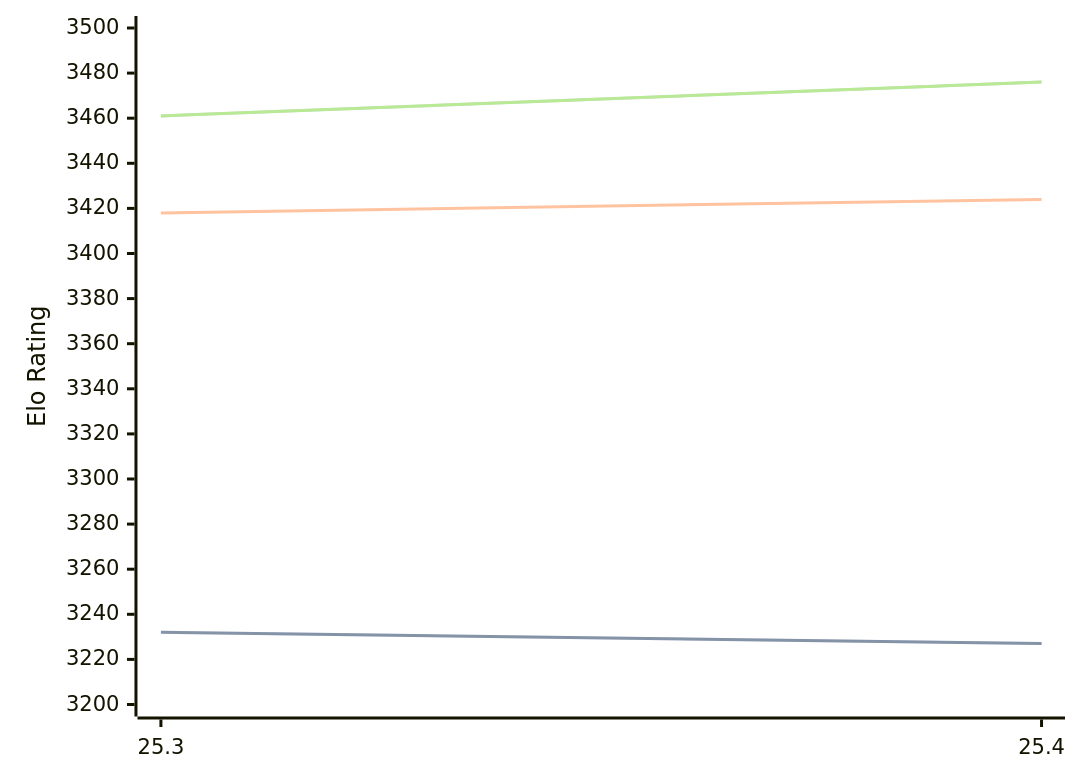
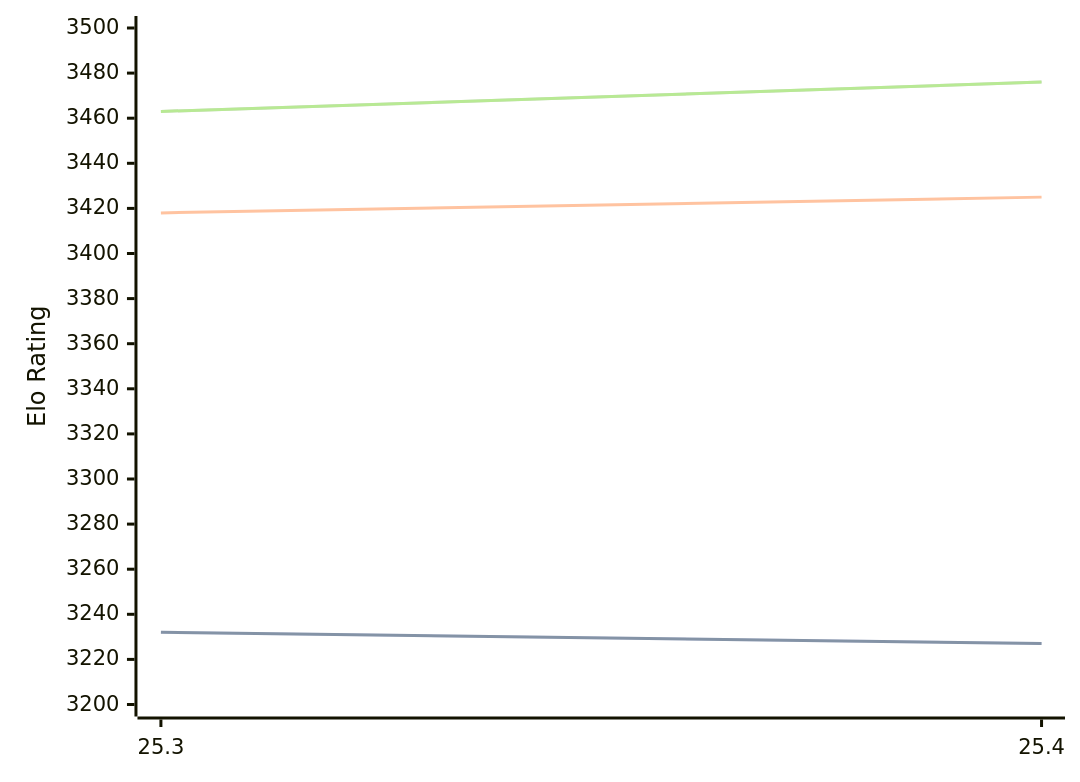
One commit to computer-chess-index/cci changed the diagram in engines/Arasan.md. Above: the diagram before and after it, drawn with Mermaid. The commit also changed other lines of this file, not shown here.

Commit message:
Update CCI Ratings (ELO VLTC) - 2026-07-25

````diff
--- a/engines/Arasan.md
+++ b/engines/Arasan.md
@@ -33,11 +40,11 @@
 ```mermaid
 %%{init: {"theme":"base","themeVariables":{"seriesColors:['#a3a3a3','#222221','#faa371']}}}%%
 xychart-beta
   x-axis ["25.3", "25.4"]
   y-axis "Elo Rating" 3200 --> 3500
   line "STC (8.0+0.08s)" [3232, 3227]
   line "STC (8.0+0.08s)" [3232, 3227]
-  line "LTC (60.0+0.60s)" [3418, 3424]
-  line "VLTC (2m24s+1.12s)" [3461, 3476]
-  line "VLTC (2m24s+1.12s)" [3461, 3476]
+  line "LTC (60.0+0.60s)" [3418, 3425]
+  line "VLTC (2m24s+1.12s)" [3463, 3476]
+  line "VLTC (2m24s+1.12s)" [3463, 3476]
 ```
````
